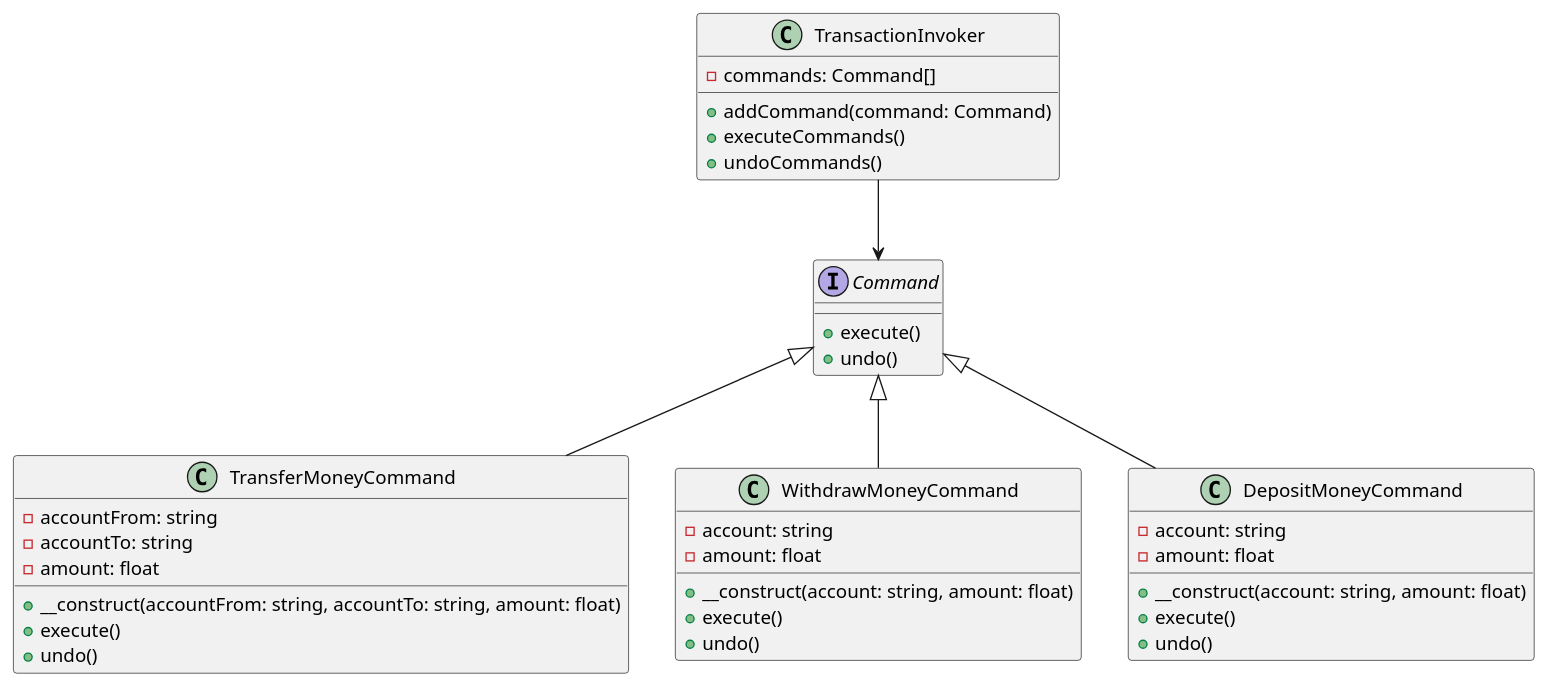
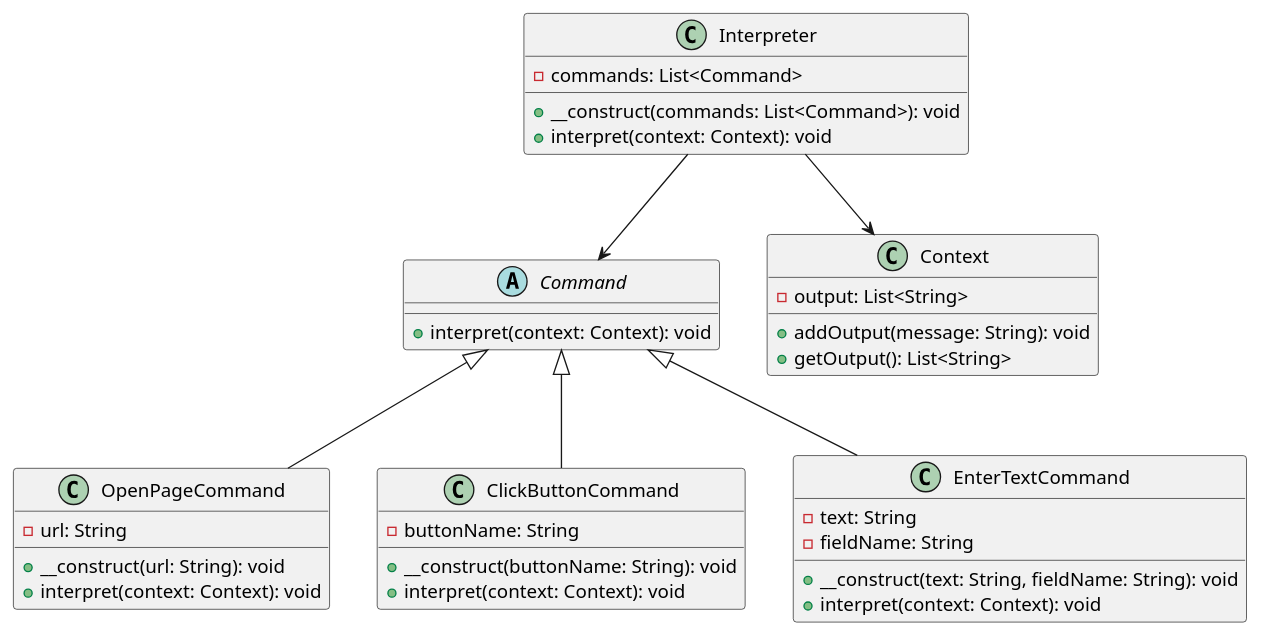
Before and after one commit to andrewovchinnikov/design-patterns: the diagram in klassifikaciya-patternov/povedencheskie-patterny-behavioral-patterns/interpretator-interpreter/primery/interpretaciya-polzovatelskikh-scenariev-testirovaniya/php.md, drawn with PlantUML. The commit also changed other lines of this file and 5 other files, not shown here.

````diff
--- a/klassifikaciya-patternov/povedencheskie-patterny-behavioral-patterns/interpretator-interpreter/primery/interpretaciya-polzovatelskikh-scenariev-testirovaniya/php.md
+++ b/klassifikaciya-patternov/povedencheskie-patterny-behavioral-patterns/interpretator-interpreter/primery/interpretaciya-polzovatelskikh-scenariev-testirovaniya/php.md
@@ -148,47 +147,47 @@
 ```plantuml
 @startuml
 
-interface Command {
-    +execute()
-    +undo()
+abstract class Command {
+    +interpret(context: Context): void
 }
 
-class TransferMoneyCommand {
-    -accountFrom: string
-    -accountTo: string
-    -amount: float
-    +__construct(accountFrom: string, accountTo: string, amount: float)
-    +execute()
-    +undo()
+class Context {
+    -output: List<String>
+    +addOutput(message: String): void
+    +getOutput(): List<String>
 }
 
-class WithdrawMoneyCommand {
-    -account: string
-    -amount: float
-    +__construct(account: string, amount: float)
-    +execute()
-    +undo()
+class OpenPageCommand {
+    -url: String
+    +__construct(url: String): void
+    +interpret(context: Context): void
 }
 
-class DepositMoneyCommand {
-    -account: string
-    -amount: float
-    +__construct(account: string, amount: float)
-    +execute()
-    +undo()
+class ClickButtonCommand {
+    -buttonName: String
+    +__construct(buttonName: String): void
+    +interpret(context: Context): void
 }
 
-class TransactionInvoker {
-    -commands: Command[]
-    +addCommand(command: Command)
-    +executeCommands()
-    +undoCommands()
+class EnterTextCommand {
+    -text: String
+    -fieldName: String
+    +__construct(text: String, fieldName: String): void
+    +interpret(context: Context): void
 }
 
-Command <|-- TransferMoneyCommand
-Command <|-- WithdrawMoneyCommand
-Command <|-- DepositMoneyCommand
-TransactionInvoker --> Command
+class Interpreter {
+    -commands: List<Command>
+    +__construct(commands: List<Command>): void
+    +interpret(context: Context): void
+}
+
+Command <|-- OpenPageCommand
+Command <|-- ClickButtonCommand
+Command <|-- EnterTextCommand
+
+Interpreter --> Command
+Interpreter --> Context
 
 @enduml
 ```
````
